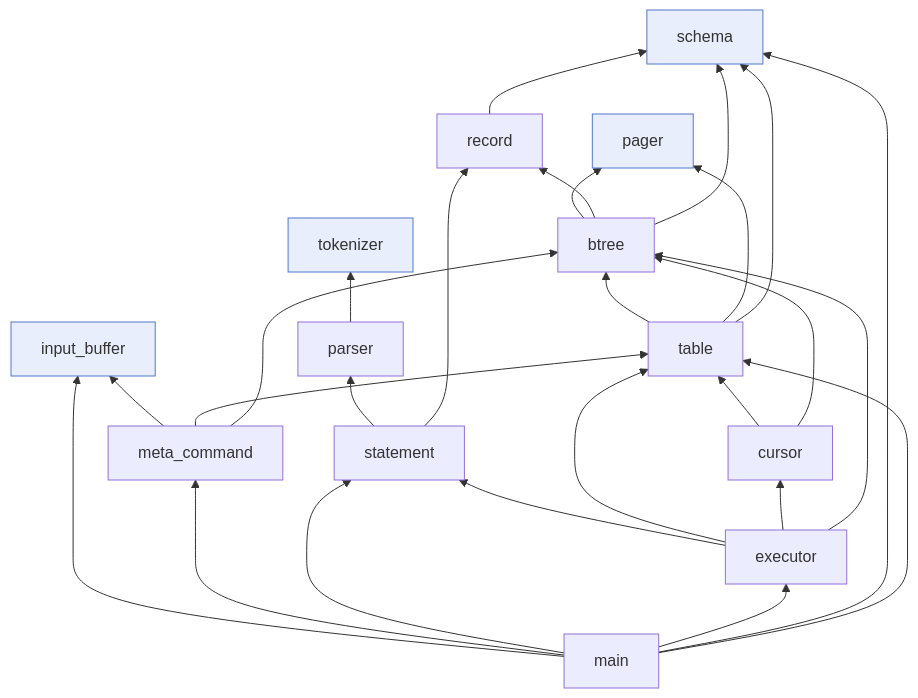
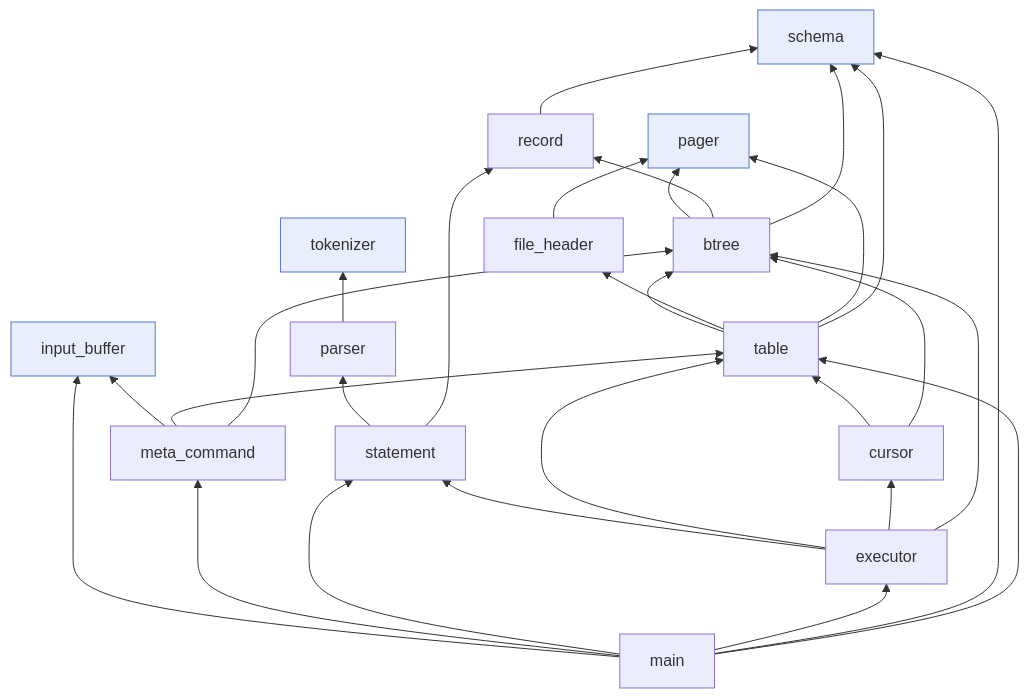
The third of 20 diagrams in README.md (Rohitangshu2026/mini-sql), drawn with Mermaid before and after one commit. The commit also changed other lines of this file, not shown here.

First line of the commit message:
docs: describe the file header and growable page cache in the README

````diff
--- a/README.md
+++ b/README.md
@@ -250,32 +253,34 @@
 ```mermaid
 flowchart BT
     main --> input_buffer
     main --> meta_command
     main --> statement
     main --> executor
     main --> schema
     main --> table
 
     meta_command --> input_buffer
     meta_command --> table
     meta_command --> btree
     statement --> parser
     statement --> record
     parser --> tokenizer
     executor --> statement
     executor --> table
     executor --> cursor
     executor --> btree
     cursor --> table
     cursor --> btree
     table --> btree
+    table --> file_header
     table --> pager
     table --> schema
+    file_header --> pager
     btree --> pager
     btree --> record
     btree --> schema
     record --> schema
 
     classDef leaf fill:#e8eefc,stroke:#5577cc;
     class schema,input_buffer,pager,tokenizer leaf;
 ```
````
